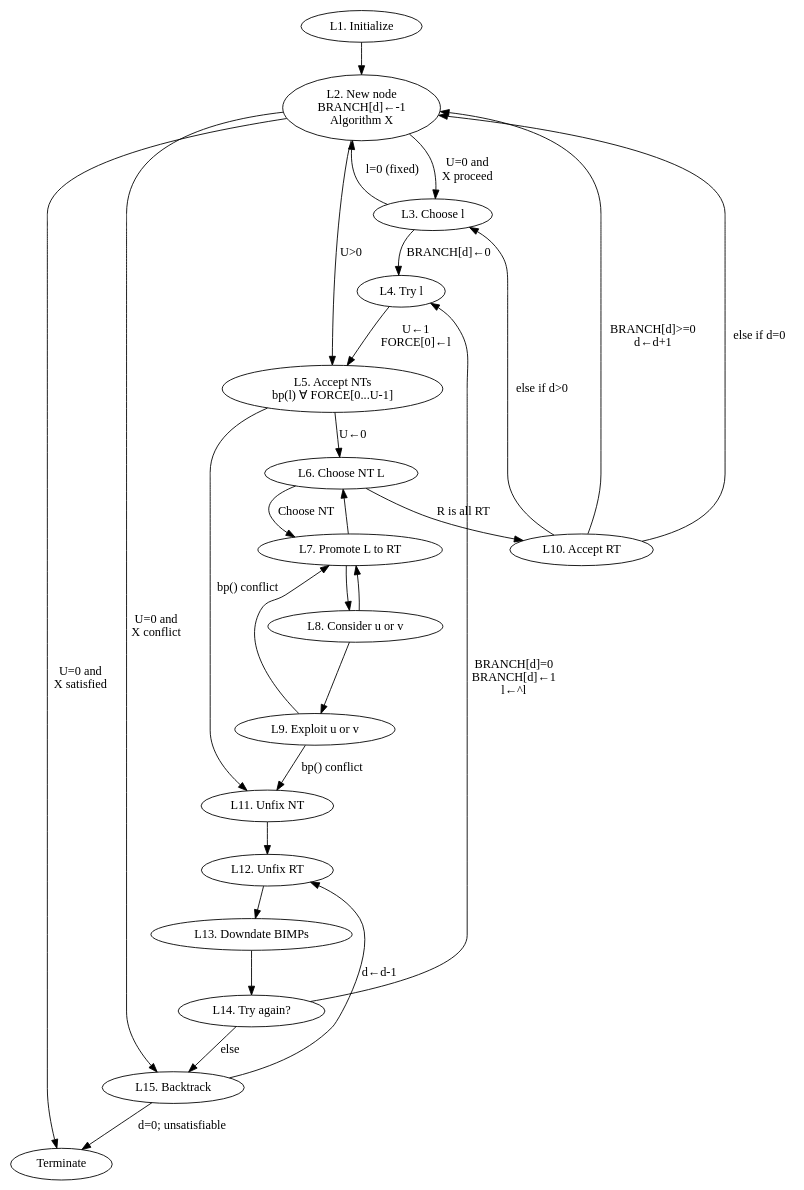
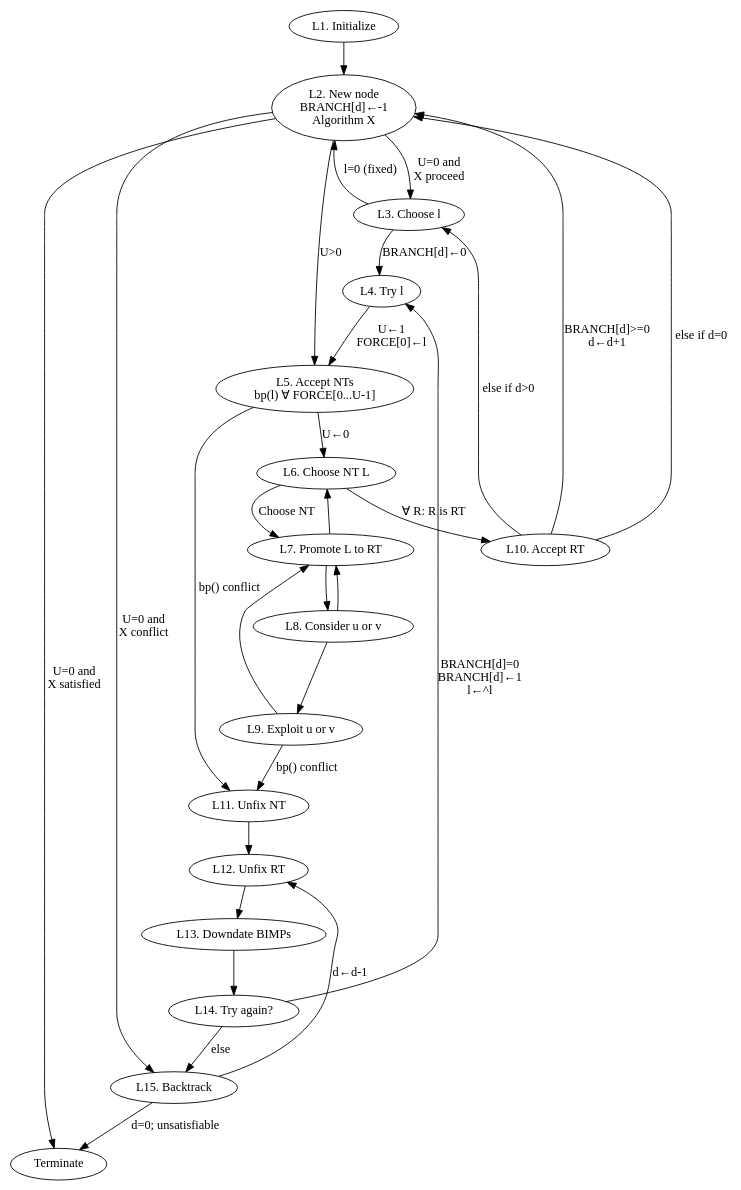
One commit to wallberg/sandbox-go changed the diagram in doc/taocp-7-2-2-2-AlgorithmL.dot. Above: the diagram before and after it, drawn with Graphviz. The commit also changed 2 other files, not shown here.

```diff
--- a/doc/taocp-7-2-2-2-AlgorithmL.dot
+++ b/doc/taocp-7-2-2-2-AlgorithmL.dot
@@ -1,47 +1,51 @@
 digraph G {
+    graph [fontname = "verdana"];
+    node [fontname = "verdana"];
+    edge [fontname = "verdana"];
+
     L1 [label="L1. Initialize"]
     L2 [label="L2. New node\nBRANCH[d]←-1\nAlgorithm X"]
     L3 [label="L3. Choose l"]
     L4 [label="L4. Try l"]
     L5 [label="L5. Accept NTs\nbp(l) ∀ FORCE[0...U-1]"]
     L6 [label="L6. Choose NT L"]
     L7 [label="L7. Promote L to RT"]
     L8 [label="L8. Consider u or v"]
     L9 [label="L9. Exploit u or v"]
     L10 [label="L10. Accept RT"]
     L11 [label="L11. Unfix NT"]
     L12 [label="L12. Unfix RT"]
     L13 [label="L13. Downdate BIMPs"]
     L14 [label="L14. Try again?"]
     L15 [label="L15. Backtrack"]
 
     L1 -> L2
     L2 -> Terminate [label="U=0 and\nX satisfied"]
     L2 -> L15 [label="U=0 and\nX conflict"]
     L2 -> L3 [label="U=0 and\nX proceed"]
     L2 -> L5 [label="U>0"]
     L3 -> L2 [label="l=0 (fixed)"]
     L3 -> L4 [label="BRANCH[d]←0"]
     L4 -> L5 [label="U←1\nFORCE[0]←l"]
     L5 -> L6 [label="U←0"]
     L5 -> L11 [label="bp() conflict"]
-    L6 -> L10 [label="R is all RT"]
+    L6 -> L10 [label="∀ R: R is RT"]
     L6 -> L7 [label="Choose NT"]
     L7 -> L6
     L7 -> L8
     L8 -> L7
     L8 -> L9
     L9 -> L7
     L9 -> L11 [label="bp() conflict"]
     L10 -> L2 [label="BRANCH[d]>=0\n d←d+1"]
     L10 -> L3 [label="else if d>0"]
     L10 -> L2 [label="else if d=0"]
     L11 -> L12 -> L13 -> L14
     L14 -> L4 [label="BRANCH[d]=0\nBRANCH[d]←1\nl←^l"]
     L14 -> L15 [label="else"]
     L15 -> Terminate [label="d=0; unsatisfiable"]
     L15 -> L12 [label="d←d-1"]
 
     // {rank = same; L1; L2;}
     // {rank = same; L15; Terminate;}
 }
```
